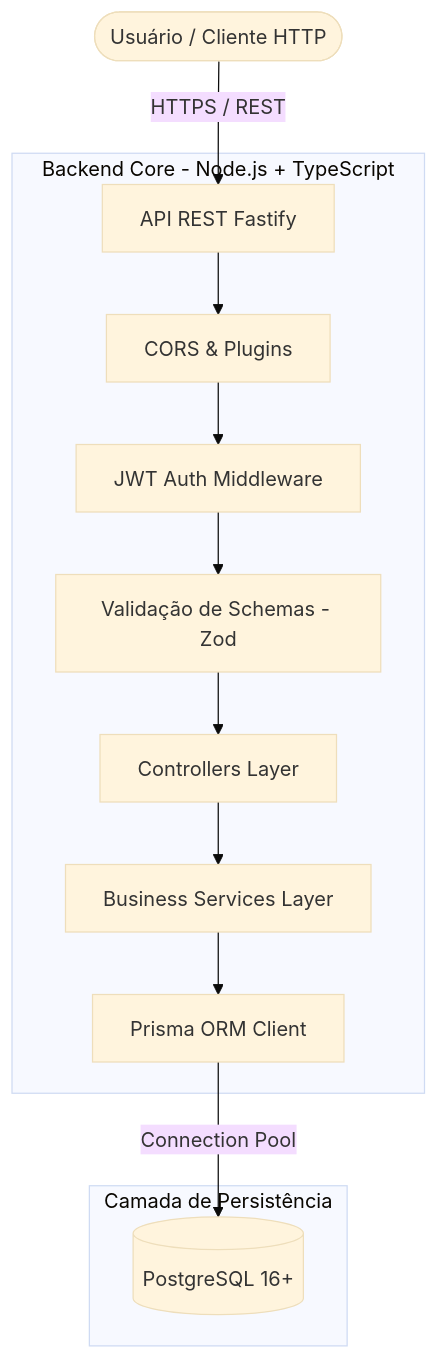
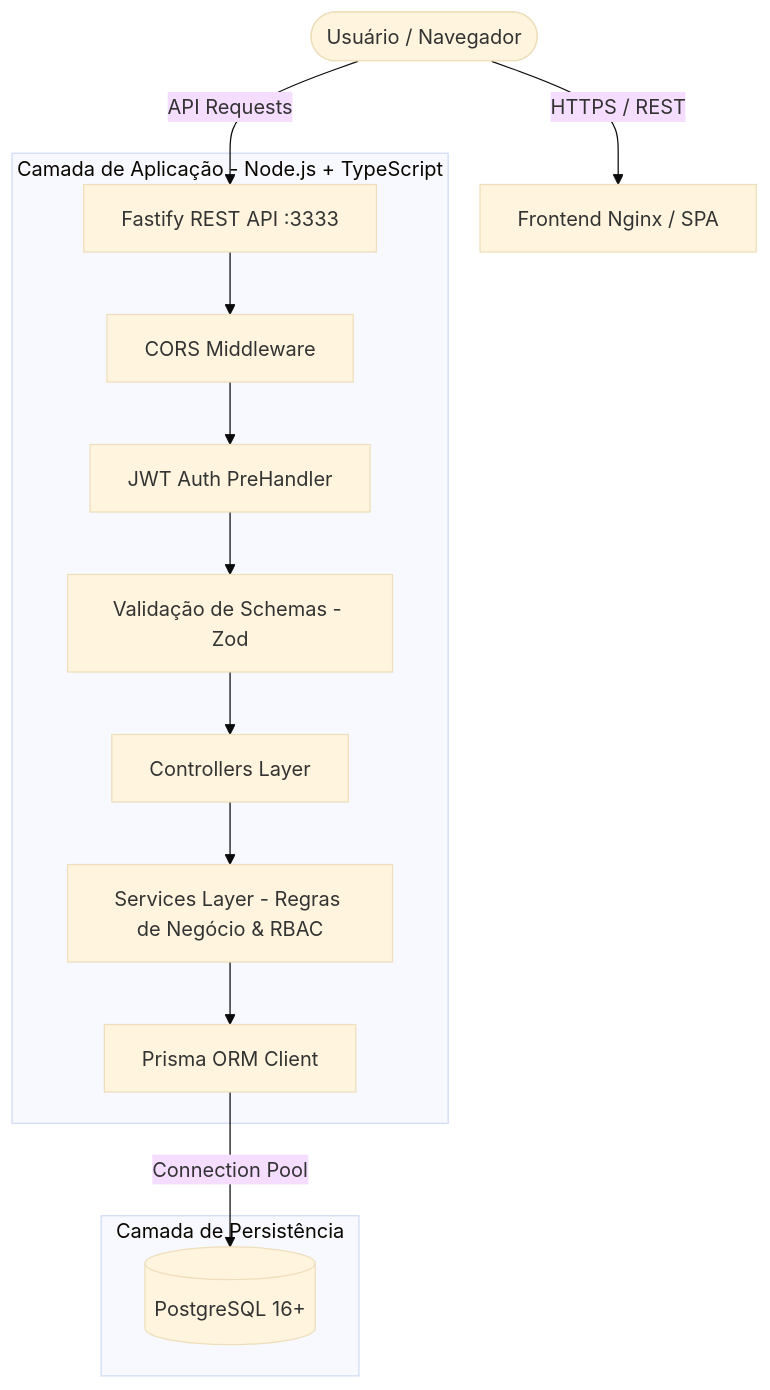
One commit to gabrielLemke/ProjectManagementSystem changed the first of 3 diagrams in README.md. Above: the diagram before and after it, drawn with Mermaid (base theme). The commit also changed other lines of this file and 2 other files, not shown here.

Commit message:
docs: enrich README with recruiter-level architecture highlights and refine gitignore

````diff
--- a/README.md
+++ b/README.md
@@ -29,17 +54,18 @@
 ```mermaid
 graph TD
-    User([Usuário / Cliente HTTP]) -->|HTTPS / REST| FastifyApp[API REST Fastify]
+    User([Usuário / Navegador]) -->|HTTPS / REST| Nginx[Frontend Nginx / SPA]
+    User -->|API Requests| FastifyApp[Fastify REST API :3333]
     
-    subgraph Backend [Backend Core - Node.js + TypeScript]
-        FastifyApp --> CORS[CORS & Plugins]
-        CORS --> JWT[JWT Auth Middleware]
-        JWT --> ZodValidation[Validação de Schemas - Zod]
-        ZodValidation --> Controllers[Controllers Layer]
-        Controllers --> Services[Business Services Layer]
-        Services --> PrismaORM[Prisma ORM Client]
+    subgraph BackendCore [Camada de Aplicação - Node.js + TypeScript]
+        FastifyApp --> CORS[CORS Middleware]
+        CORS --> JWTAuth[JWT Auth PreHandler]
+        JWTAuth --> ZodValidate[Validação de Schemas - Zod]
+        ZodValidate --> Controllers[Controllers Layer]
+        Controllers --> Services[Services Layer - Regras de Negócio & RBAC]
+        Services --> PrismaClient[Prisma ORM Client]
     end
 
-    subgraph Database [Camada de Persistência]
-        PrismaORM -->|Connection Pool| Postgres[(PostgreSQL 16+)]
+    subgraph DatabaseLayer [Camada de Persistência]
+        PrismaClient -->|Connection Pool| Postgres[(PostgreSQL 16+)]
     end
 ```
````
